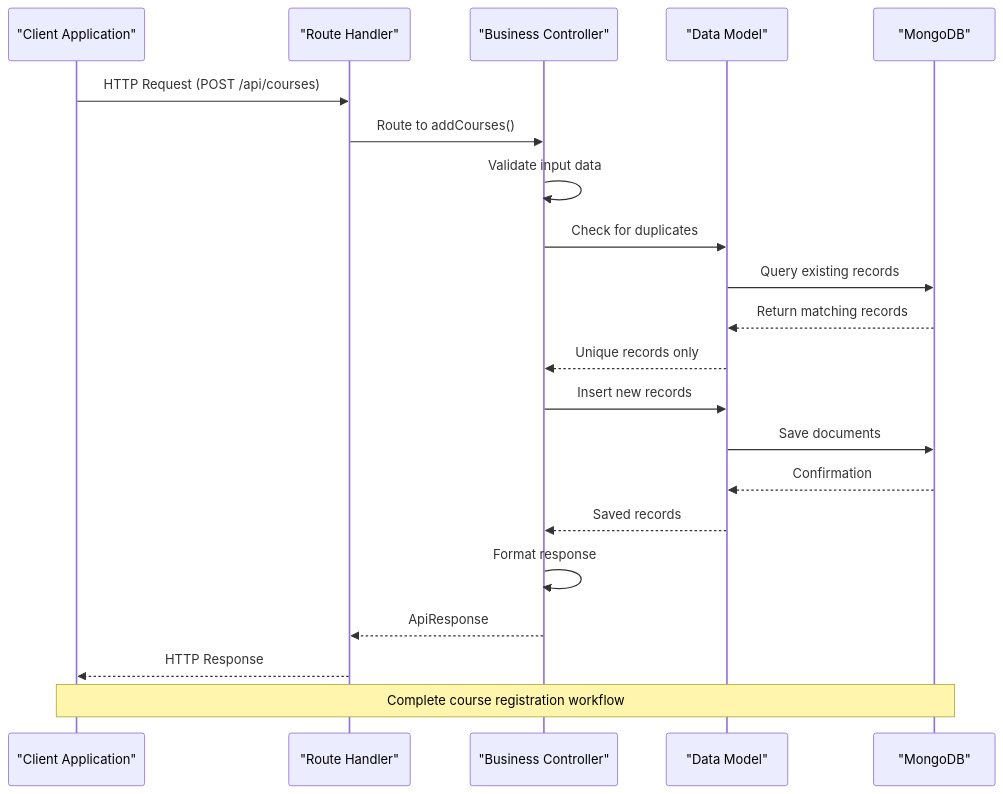
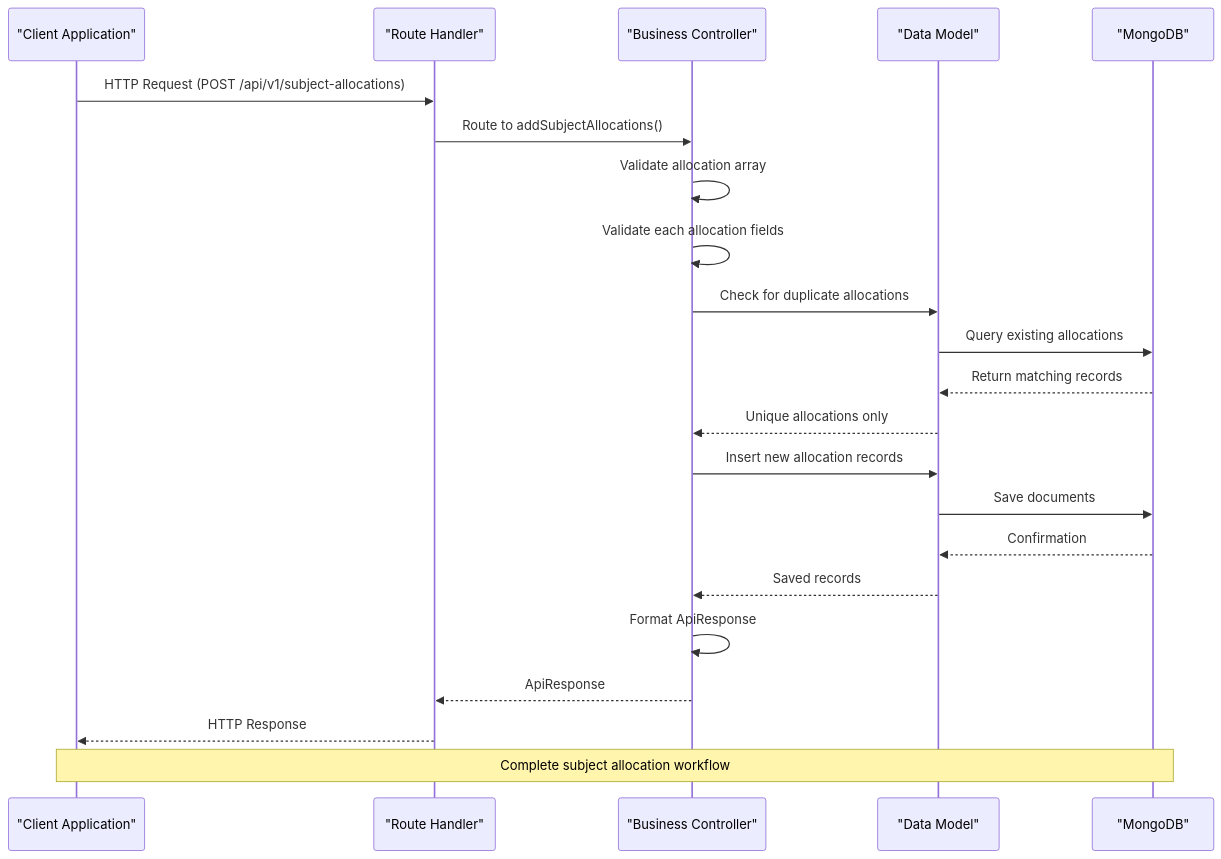
The second of 6 diagrams in .qoder/repowiki/en/content/API Reference/Master Data Endpoints/Course & Subject Management Endpoints.md (Aryan9060/Timetable-Project), drawn with Mermaid before and after one commit. The commit also changed other lines of this file and 15 other files, not shown here.

````diff
--- a/.qoder/repowiki/en/content/API Reference/Master Data Endpoints/Course & Subject Management Endpoints.md
+++ b/.qoder/repowiki/en/content/API Reference/Master Data Endpoints/Course & Subject Management Endpoints.md
@@ -115,23 +144,24 @@
 ```mermaid
 sequenceDiagram
 participant Client as "Client Application"
 participant Router as "Route Handler"
 participant Controller as "Business Controller"
 participant Model as "Data Model"
 participant DB as "MongoDB"
-Client->>Router : HTTP Request (POST /api/courses)
-Router->>Controller : Route to addCourses()
-Controller->>Controller : Validate input data
-Controller->>Model : Check for duplicates
-Model->>DB : Query existing records
+Client->>Router : HTTP Request (POST /api/v1/subject-allocations)
+Router->>Controller : Route to addSubjectAllocations()
+Controller->>Controller : Validate allocation array
+Controller->>Controller : Validate each allocation fields
+Controller->>Model : Check for duplicate allocations
+Model->>DB : Query existing allocations
 DB-->>Model : Return matching records
-Model-->>Controller : Unique records only
-Controller->>Model : Insert new records
+Model-->>Controller : Unique allocations only
+Controller->>Model : Insert new allocation records
 Model->>DB : Save documents
 DB-->>Model : Confirmation
 Model-->>Controller : Saved records
-Controller->>Controller : Format response
+Controller->>Controller : Format ApiResponse
 Controller-->>Router : ApiResponse
 Router-->>Client : HTTP Response
-Note over Client,DB : Complete course registration workflow
+Note over Client,DB : Complete subject allocation workflow
 ```
````
